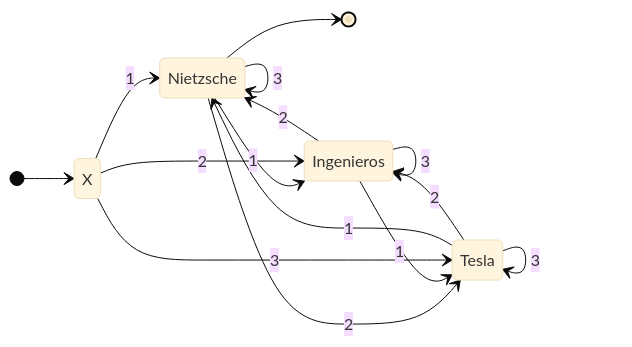
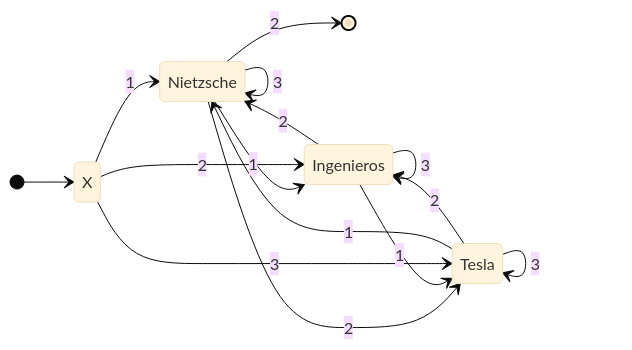
One commit to cijjas/ObsNotas changed the tenth of 11 diagrams in TLA/Guías/Guía 3 - Lenguajes Regulares, Autómatas Finitos.md. Above: the diagram before and after it, drawn with Mermaid (base theme). The commit also changed other lines of this file, not shown here.

````diff
--- a/TLA/Guías/Guía 3 - Lenguajes Regulares, Autómatas Finitos.md
+++ b/TLA/Guías/Guía 3 - Lenguajes Regulares, Autómatas Finitos.md
@@ -279,18 +296,18 @@
 ```mermaid
 stateDiagram
 direction LR
 [*] --> X 
 X --> Nietzsche: 1
 Nietzsche --> Ingenieros : 1
 Nietzsche --> Tesla : 2
 Nietzsche --> Nietzsche : 3
 X --> Ingenieros : 2
 Ingenieros --> Tesla : 1
 Ingenieros --> Nietzsche : 2
 Ingenieros --> Ingenieros : 3
 X --> Tesla : 3
 Tesla --> Nietzsche : 1
 Tesla --> Ingenieros : 2
 Tesla --> Tesla : 3
-Nietzsche --> [*]
+Nietzsche --> [*] : 2
 ```
````
